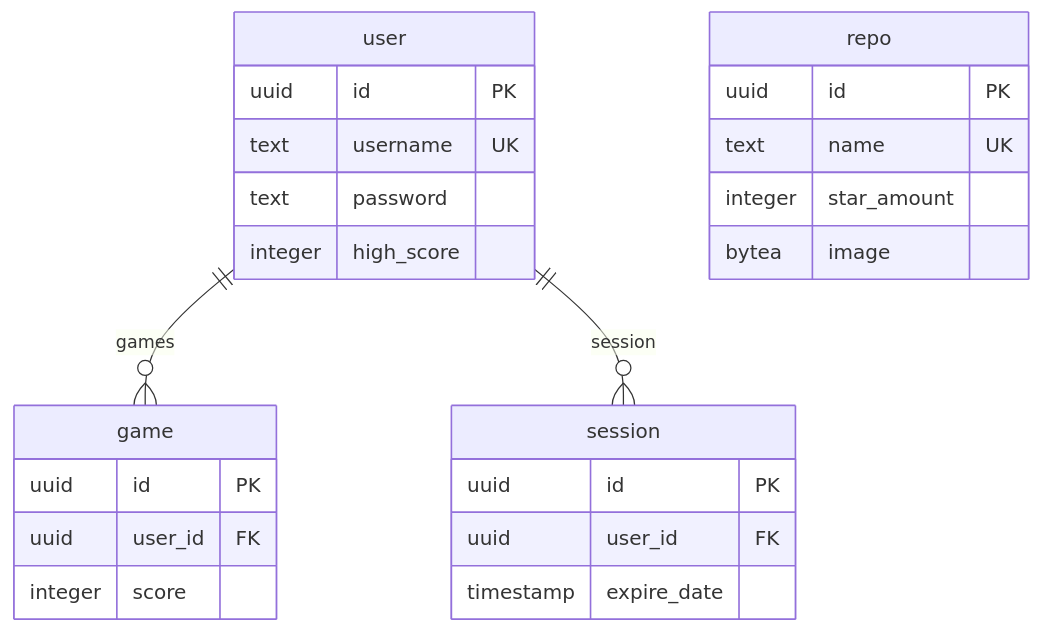
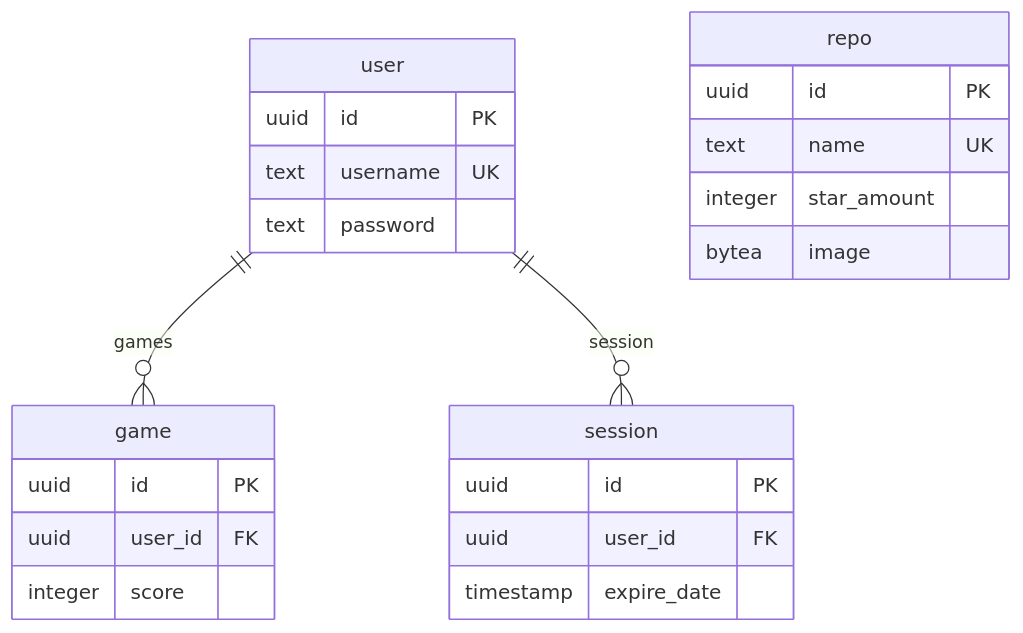
One commit to mwojtyna/hol-github changed the diagram in backend/docs/db_diagram.md. Above: the diagram before and after it, drawn with Mermaid. The commit also changed 8 other files, not shown here.

````diff
--- a/backend/docs/db_diagram.md
+++ b/backend/docs/db_diagram.md
@@ -8,31 +8,30 @@
 ```mermaid
 erDiagram
     user {
         uuid id PK
         text username UK
         text password
-        integer high_score
     }
 
     session {
         uuid id PK
         uuid user_id FK
         timestamp expire_date
     }
 
     repo {
         uuid id PK
         text name UK
         integer star_amount
         bytea image
     }
 
     game {
         uuid id PK
         uuid user_id FK
         integer score
     }
 
     user 1--0+ game: "games"
     user 1--0+ session: "session"
 ```
````
